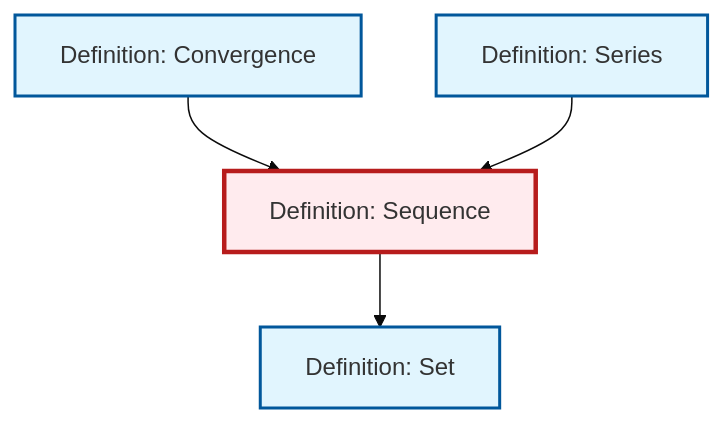
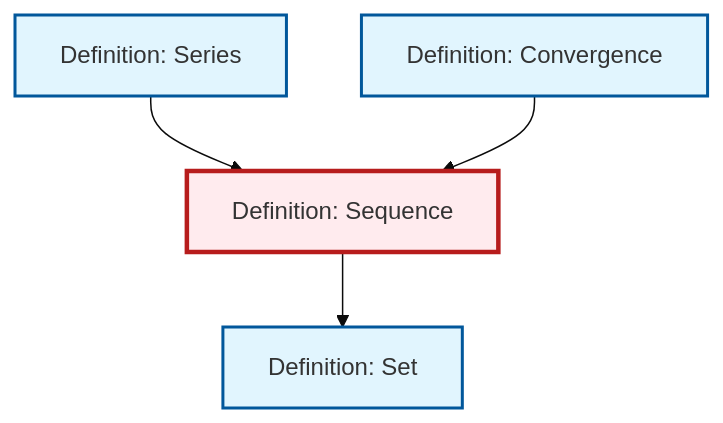
One commit to RK0429/ModernMath changed the diagram in content/ja/analysis/def-sequence.qmd. Above: the diagram before and after it, drawn with Mermaid (base theme). The commit also changed other lines of this file and 360 other files, not shown here.

````diff
--- a/content/ja/analysis/def-sequence.qmd
+++ b/content/ja/analysis/def-sequence.qmd
@@ -75,20 +75,20 @@
 ```{mermaid}
 %%| fig-cap: "Local dependency graph"
 graph TD
     classDef definition fill:#e1f5fe,stroke:#01579b,stroke-width:2px
     classDef theorem fill:#f3e5f5,stroke:#4a148c,stroke-width:2px
     classDef axiom fill:#fff3e0,stroke:#e65100,stroke-width:2px
     classDef example fill:#e8f5e9,stroke:#1b5e20,stroke-width:2px
     classDef current fill:#ffebee,stroke:#b71c1c,stroke-width:3px
+    def-convergence["Definition: Convergence"]:::definition
     def-set["Definition: Set"]:::definition
-    def-convergence["Definition: Convergence"]:::definition
     def-series["Definition: Series"]:::definition
     def-sequence["Definition: Sequence"]:::definition
+    def-sequence --> def-set
+    def-series --> def-sequence
     def-convergence --> def-sequence
-    def-series --> def-sequence
-    def-sequence --> def-set
     class def-sequence current
+    click def-convergence "def-convergence.html" "Definition: Convergenceへ"
     click def-set "def-set.html" "Definition: Setへ"
-    click def-convergence "def-convergence.html" "Definition: Convergenceへ"
     click def-series "def-series.html" "Definition: Seriesへ"
 ```
````
